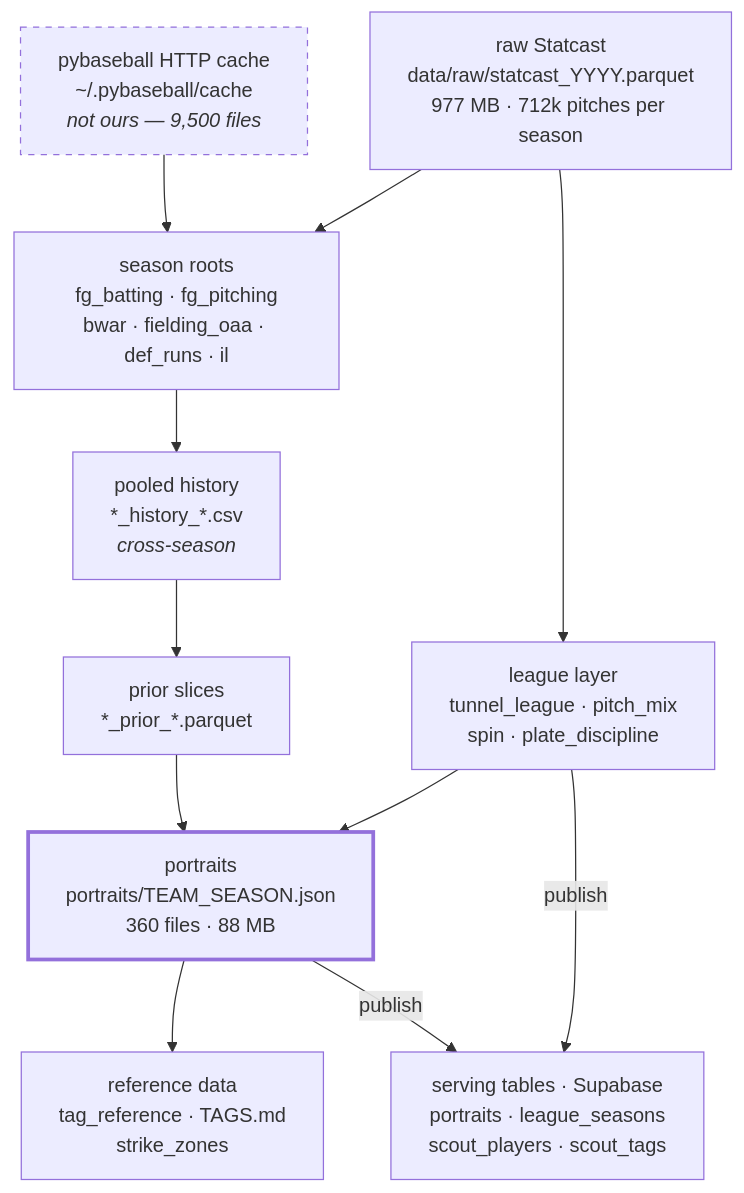
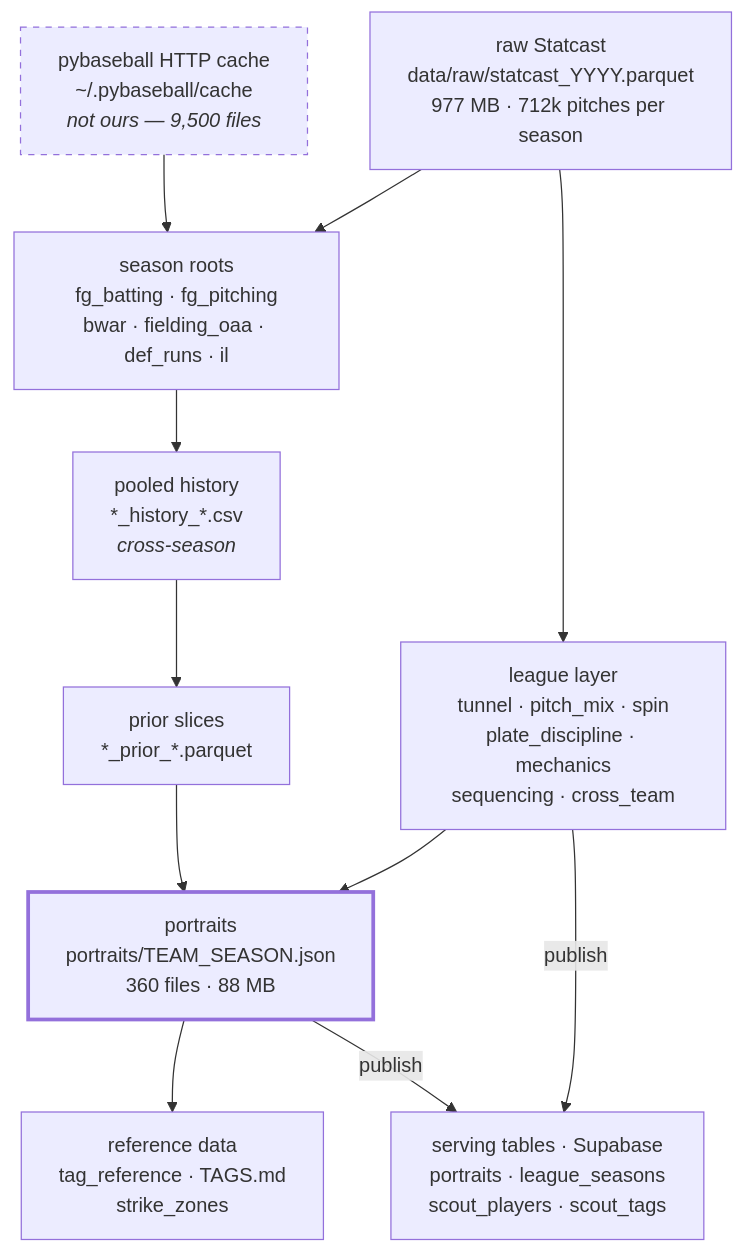
The first of 7 diagrams in docs/ARCHITECTURE.md (SebastianAbarca/baseball-analytics), drawn with Mermaid before and after one commit. The commit also changed other lines of this file and 6 other files, not shown here.

````diff
--- a/docs/ARCHITECTURE.md
+++ b/docs/ARCHITECTURE.md
@@ -25,24 +25,24 @@
 ```mermaid
 flowchart TD
     A["pybaseball HTTP cache<br/>~/.pybaseball/cache<br/><i>not ours — 9,500 files</i>"]
     B["raw Statcast<br/>data/raw/statcast_YYYY.parquet<br/>977 MB · 712k pitches per season"]
     C["season roots<br/>fg_batting · fg_pitching<br/>bwar · fielding_oaa · def_runs · il"]
     D["pooled history<br/>*_history_*.csv<br/><i>cross-season</i>"]
     E["prior slices<br/>*_prior_*.parquet"]
-    F["league layer<br/>tunnel_league · pitch_mix<br/>spin · plate_discipline"]
+    F["league layer<br/>tunnel · pitch_mix · spin<br/>plate_discipline · mechanics<br/>sequencing · cross_team"]
     G["portraits<br/>portraits/TEAM_SEASON.json<br/>360 files · 88 MB"]
     H["reference data<br/>tag_reference · TAGS.md<br/>strike_zones"]
     I["serving tables · Supabase<br/>portraits · league_seasons<br/>scout_players · scout_tags"]
 
     A --> C
     B --> C
     B --> F
     C --> D --> E --> G
     F --> G
     G --> H
     G -->|publish| I
     F -->|publish| I
 
     style A stroke-dasharray: 5 5
     style G stroke-width:3px
 ```
````
